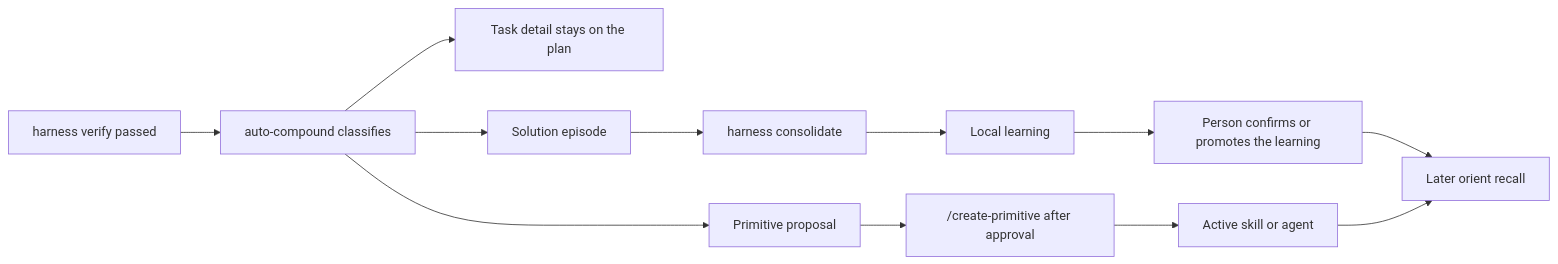
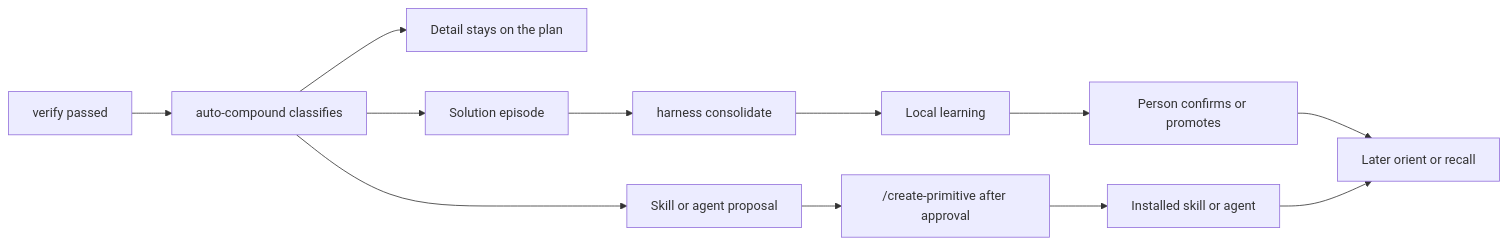
The second of 4 diagrams in docs/adaptive-engineering.md (noodlemind/prompt-library), drawn with Mermaid before and after one commit. The commit also changed other lines of this file and 1 other file, not shown here.

````diff
--- a/docs/adaptive-engineering.md
+++ b/docs/adaptive-engineering.md
@@ -171,14 +142,14 @@
 ```mermaid
 flowchart LR
-  verifyPass[harness verify passed] --> classify[auto-compound classifies]
-  classify --> taskOnly[Task detail stays on the plan]
+  passed[verify passed] --> classify[auto-compound classifies]
+  classify --> planNote[Detail stays on the plan]
   classify --> episode[Solution episode]
-  classify --> proposal[Primitive proposal]
+  classify --> proposal[Skill or agent proposal]
   episode --> consolidate[harness consolidate]
   consolidate --> learning[Local learning]
-  learning --> confirmHuman[Person confirms or promotes the learning]
+  learning --> ledger[Person confirms or promotes]
   proposal --> createPrim["/create-primitive after approval"]
-  createPrim --> skillOrAgent[Active skill or agent]
-  confirmHuman --> nextOrient[Later orient recall]
-  skillOrAgent --> nextOrient
+  createPrim --> installed[Installed skill or agent]
+  ledger --> later[Later orient or recall]
+  installed --> later
 ```
````
